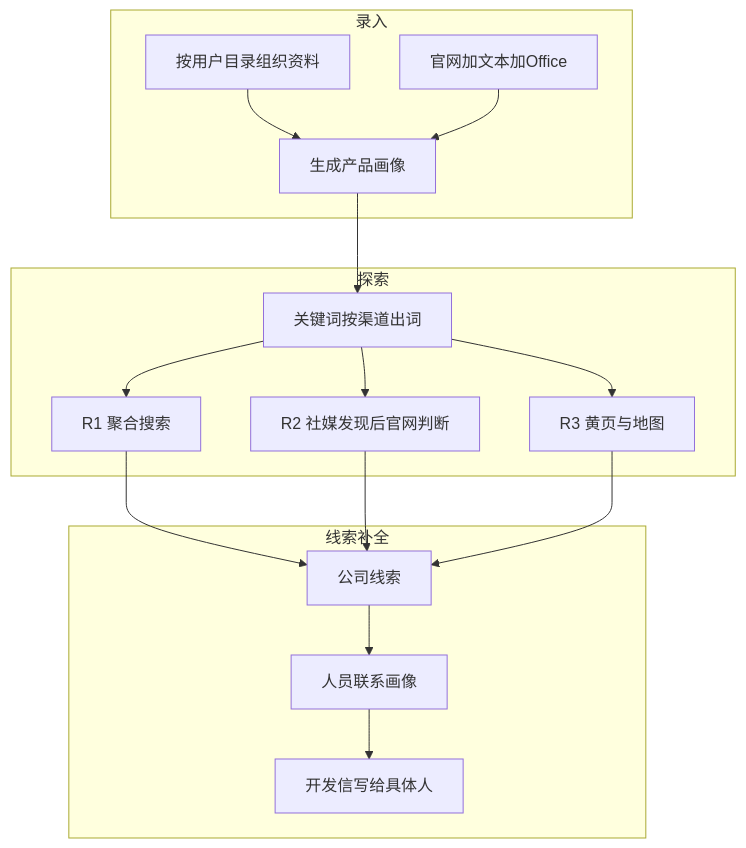
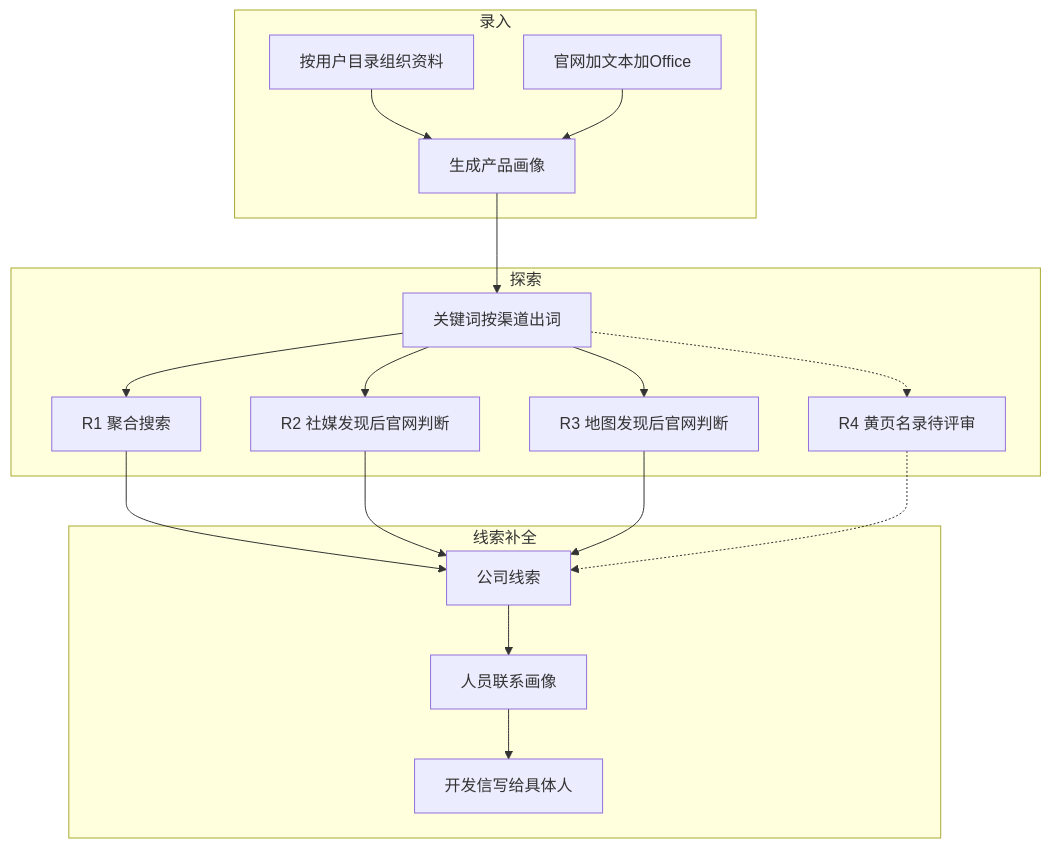
One commit to Pedro-MAFS/ftcs changed the first of 8 diagrams in docs/17-需求-业务效率工具.md. Above: the diagram before and after it, drawn with Mermaid. The commit also changed other lines of this file and 1 other file, not shown here.

First line of the commit message:
锁定 R3 地图发现需求评审：Places API 双通道与用户故事拆分。

````diff
--- a/docs/17-需求-业务效率工具.md
+++ b/docs/17-需求-业务效率工具.md
@@ -40,30 +40,33 @@
 ```mermaid
 flowchart TB
   subgraph inputLine [录入]
     Tree[按用户目录组织资料]
     Files[官网加文本加Office]
     Profile[生成产品画像]
     Tree --> Profile
     Files --> Profile
   end
   subgraph exploreLine [探索]
     KW[关键词按渠道出词]
     R1[R1 聚合搜索]
     R2[R2 社媒发现后官网判断]
-    R3[R3 黄页与地图]
+    R3[R3 地图发现后官网判断]
+    R4[R4 黄页名录待评审]
     KW --> R1
     KW --> R2
     KW --> R3
+    KW -.-> R4
   end
   subgraph enrichLine [线索补全]
     Company[公司线索]
     People[人员联系画像]
     Mail[开发信写给具体人]
     Company --> People
     People --> Mail
   end
   Profile --> KW
   R1 --> Company
   R2 --> Company
   R3 --> Company
+  R4 -.-> Company
 ```
````
